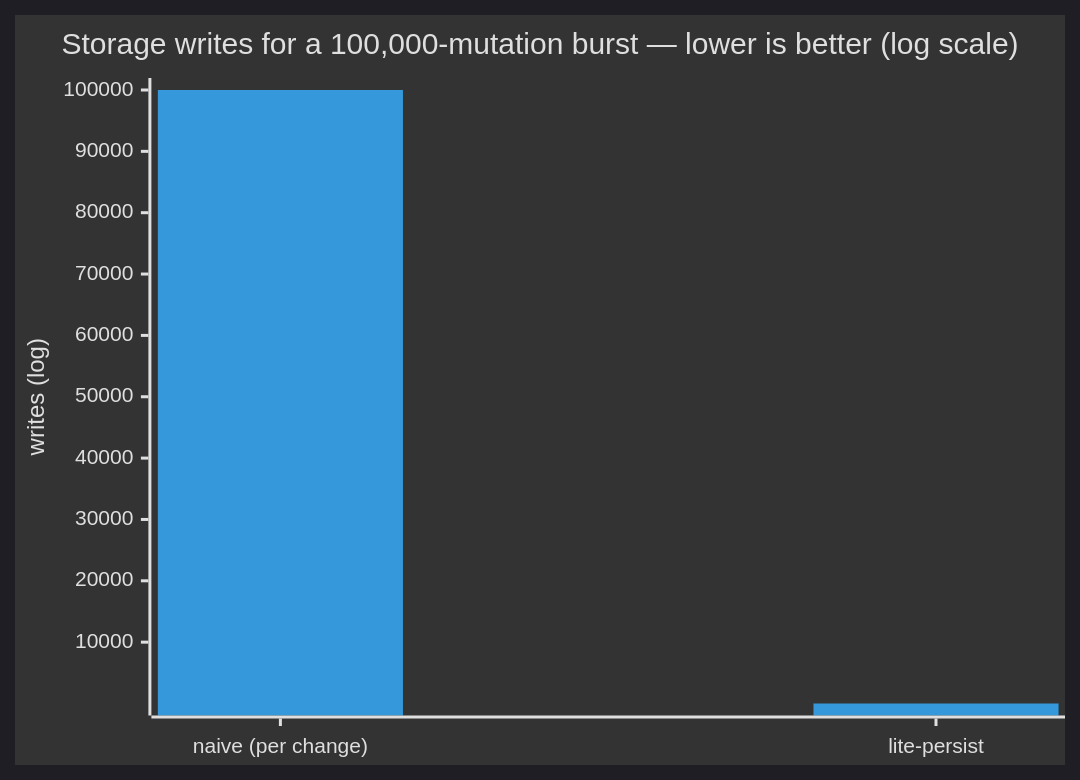
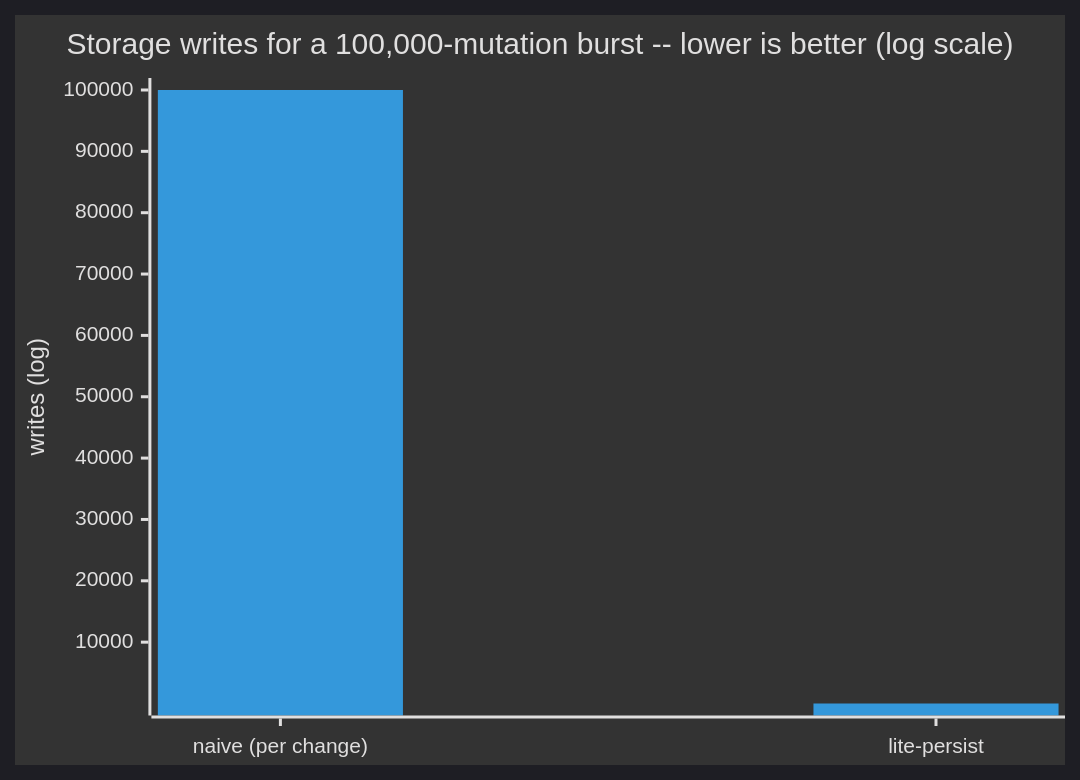
One commit to PeshoVurtoleta/lite-persist changed the fourth of 4 diagrams in README.md. Above: the diagram before and after it, drawn with Mermaid. The commit also changed other lines of this file and 12 other files, not shown here.

````diff
--- a/README.md
+++ b/README.md
@@ -256,8 +334,8 @@
 ```mermaid
 %%{init: {"theme":"dark"}}%%
 xychart-beta
-    title "Storage writes for a 100,000-mutation burst — lower is better (log scale)"
+    title "Storage writes for a 100,000-mutation burst -- lower is better (log scale)"
     x-axis ["naive (per change)", "lite-persist"]
     y-axis "writes (log)" 1 --> 100000
     bar [100000, 1]
 ```
````
